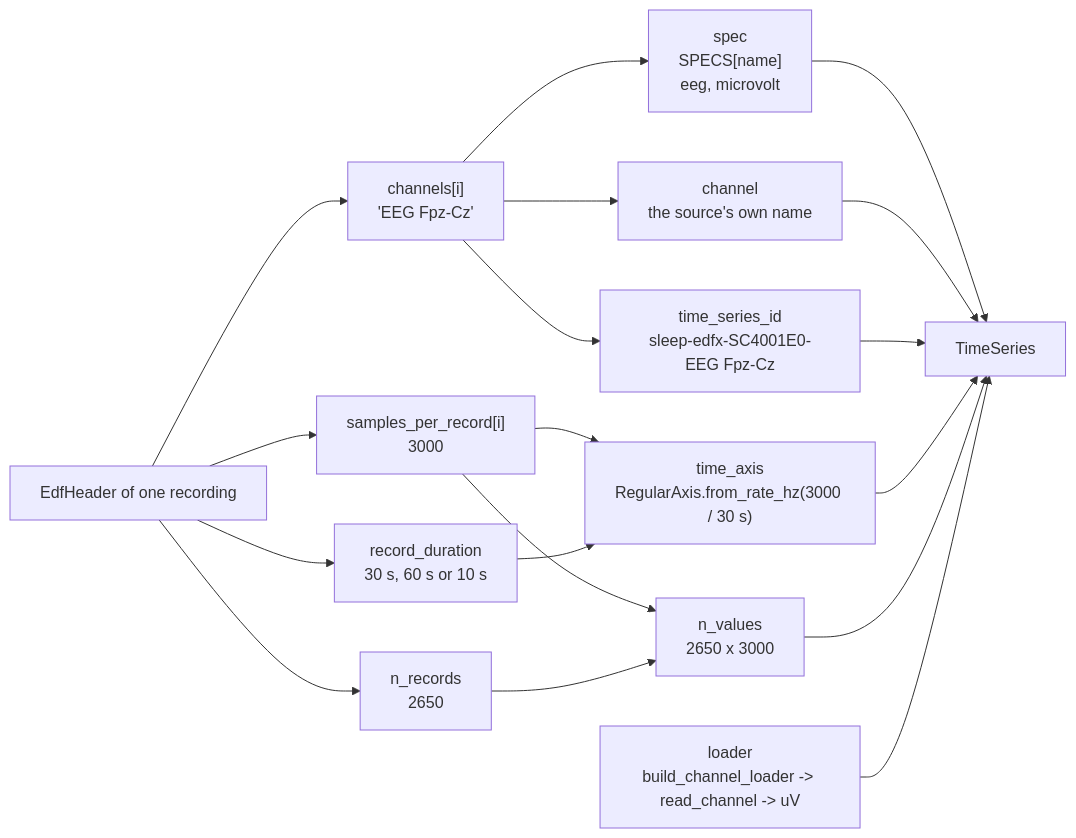
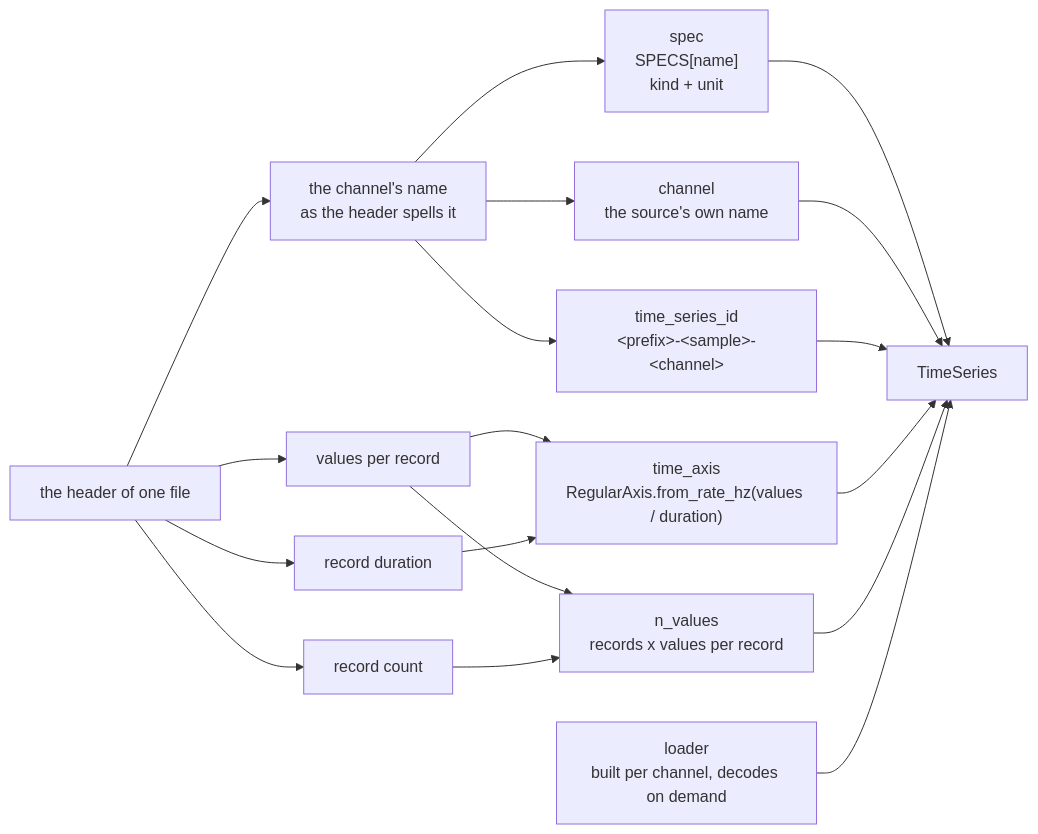
The diagram in .agents/skills/add-dataset-connector/references/layout.md (OpenTSLM/TimeNet), drawn with Mermaid before and after one commit. The commit also changed other lines of this file and 3 other files, not shown here.

````diff
--- a/.agents/skills/add-dataset-connector/references/layout.md
+++ b/.agents/skills/add-dataset-connector/references/layout.md
@@ -162,25 +172,25 @@
 ```mermaid
 flowchart LR
-    hdr["EdfHeader of one recording"]
-    nm["channels[i]<br/>'EEG Fpz-Cz'"]
-    ct["samples_per_record[i]<br/>3000"]
-    du["record_duration<br/>30 s, 60 s or 10 s"]
-    nr["n_records<br/>2650"]
+    hdr["the header of one file"]
+    nm["the channel's name<br/>as the header spells it"]
+    ct["values per record"]
+    du["record duration"]
+    nr["record count"]
     hdr --> nm
     hdr --> ct
     hdr --> du
     hdr --> nr
-    nm --> sp["spec<br/>SPECS[name]<br/>eeg, microvolt"]
+    nm --> sp["spec<br/>SPECS[name]<br/>kind + unit"]
     nm --> ch["channel<br/>the source's own name"]
-    nm --> id["time_series_id<br/>sleep-edfx-SC4001E0-EEG Fpz-Cz"]
-    ct --> ax["time_axis<br/>RegularAxis.from_rate_hz(3000 / 30 s)"]
+    nm --> id["time_series_id<br/>&lt;prefix&gt;-&lt;sample&gt;-&lt;channel&gt;"]
+    ct --> ax["time_axis<br/>RegularAxis.from_rate_hz(values / duration)"]
     du --> ax
-    ct --> nv["n_values<br/>2650 x 3000"]
+    ct --> nv["n_values<br/>records x values per record"]
     nr --> nv
     sp --> ts["TimeSeries"]
     ch --> ts
     id --> ts
     ax --> ts
     nv --> ts
-    ld["loader<br/>build_channel_loader -> read_channel -> uV"] --> ts
+    ld["loader<br/>built per channel, decodes on demand"] --> ts
 ```
````
